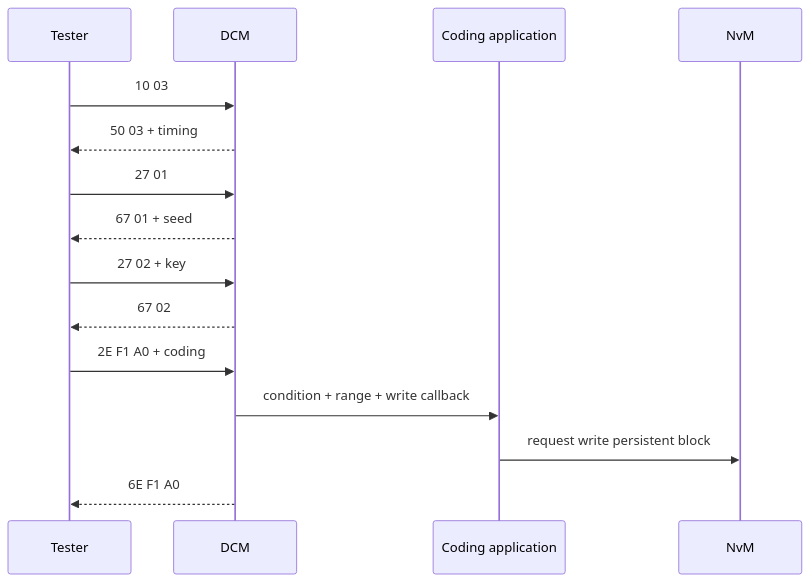
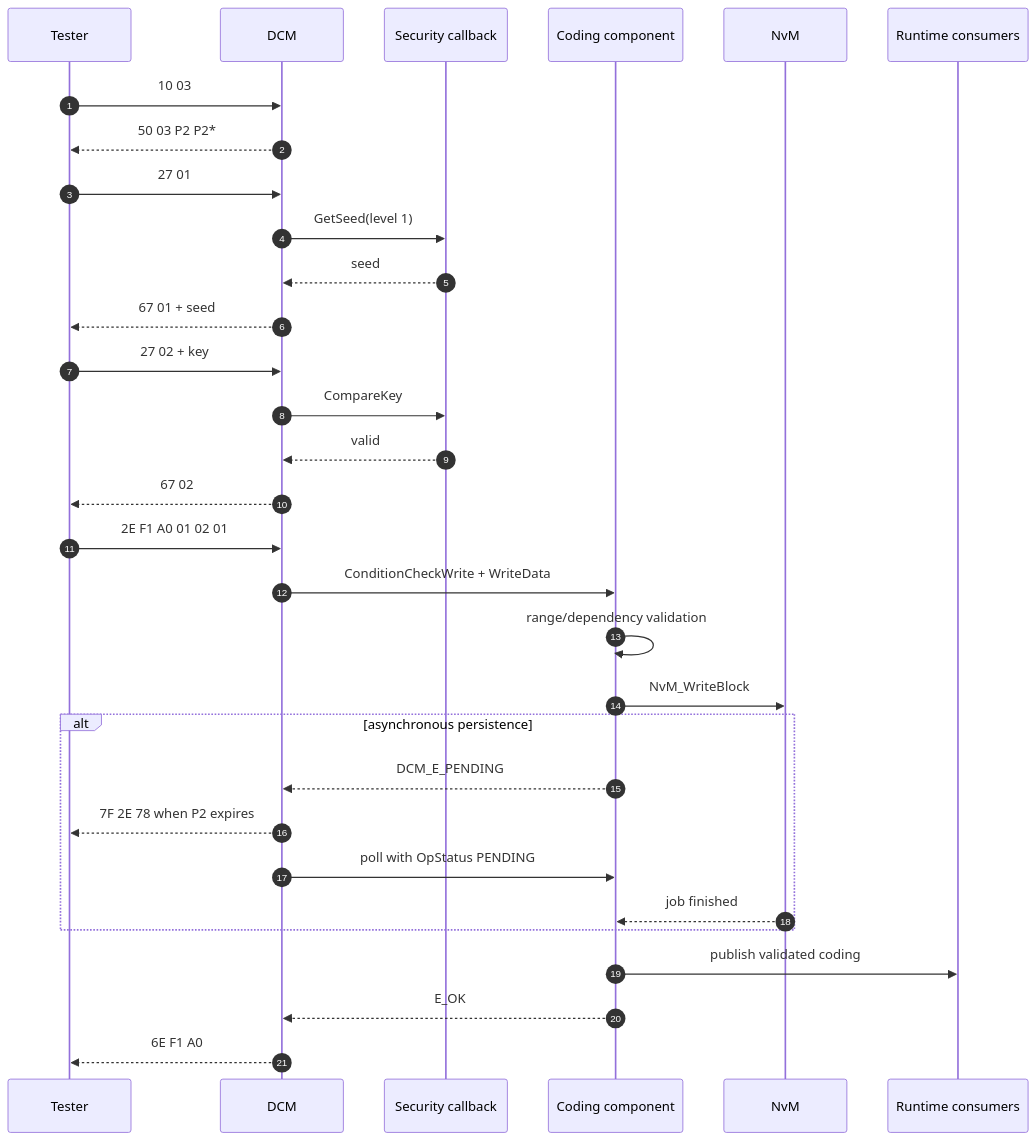
The sixth of 17 diagrams in docs/17_real_uds_use_cases.md (GiaBao1802/autosar-diagnostic-stack-course), drawn with Mermaid before and after one commit. The commit also changed other lines of this file, not shown here.

Commit message:
Rewrite practical UDS use cases with detailed diagrams

````diff
--- a/docs/17_real_uds_use_cases.md
+++ b/docs/17_real_uds_use_cases.md
@@ -23,17 +147,33 @@
 ```mermaid
 sequenceDiagram
+  autonumber
   participant T as Tester
   participant D as DCM
-  participant A as Coding application
+  participant SEC as Security callback
+  participant APP as Coding component
   participant N as NvM
+  participant RTE as Runtime consumers
   T->>D: 10 03
-  D-->>T: 50 03 + timing
+  D-->>T: 50 03 P2 P2*
   T->>D: 27 01
+  D->>SEC: GetSeed(level 1)
+  SEC-->>D: seed
   D-->>T: 67 01 + seed
   T->>D: 27 02 + key
+  D->>SEC: CompareKey
+  SEC-->>D: valid
   D-->>T: 67 02
-  T->>D: 2E F1 A0 + coding
-  D->>A: condition + range + write callback
-  A->>N: request write persistent block
+  T->>D: 2E F1 A0 01 02 01
+  D->>APP: ConditionCheckWrite + WriteData
+  APP->>APP: range/dependency validation
+  APP->>N: NvM_WriteBlock
+  alt asynchronous persistence
+    APP-->>D: DCM_E_PENDING
+    D-->>T: 7F 2E 78 when P2 expires
+    D->>APP: poll with OpStatus PENDING
+    N-->>APP: job finished
+  end
+  APP->>RTE: publish validated coding
+  APP-->>D: E_OK
   D-->>T: 6E F1 A0
 ```
````
